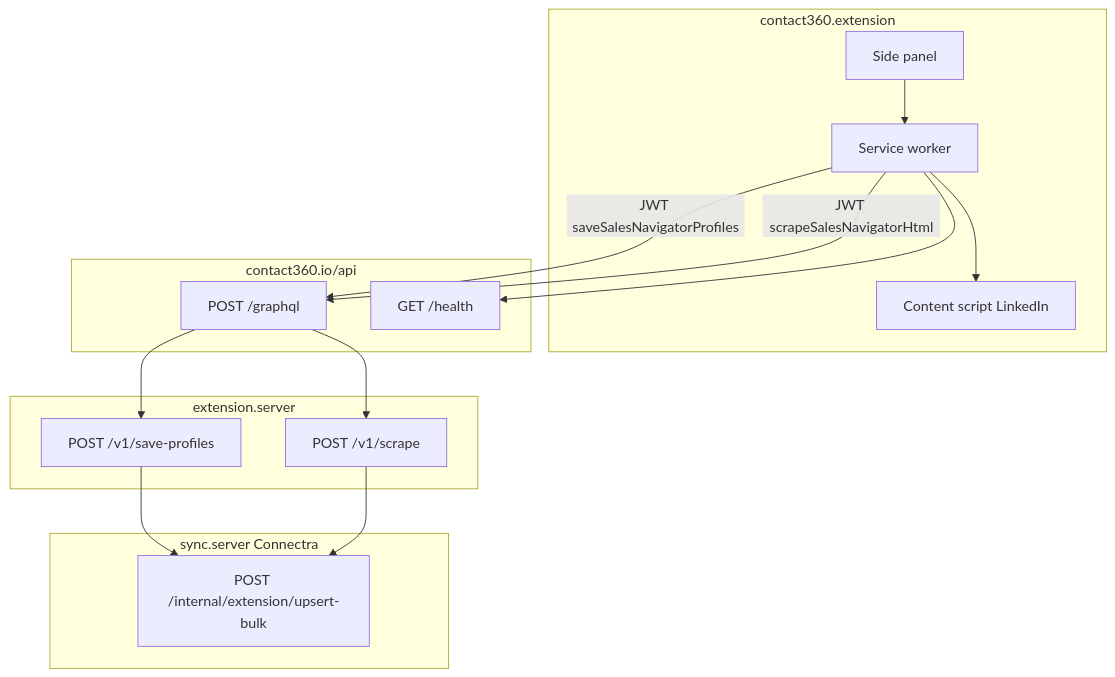
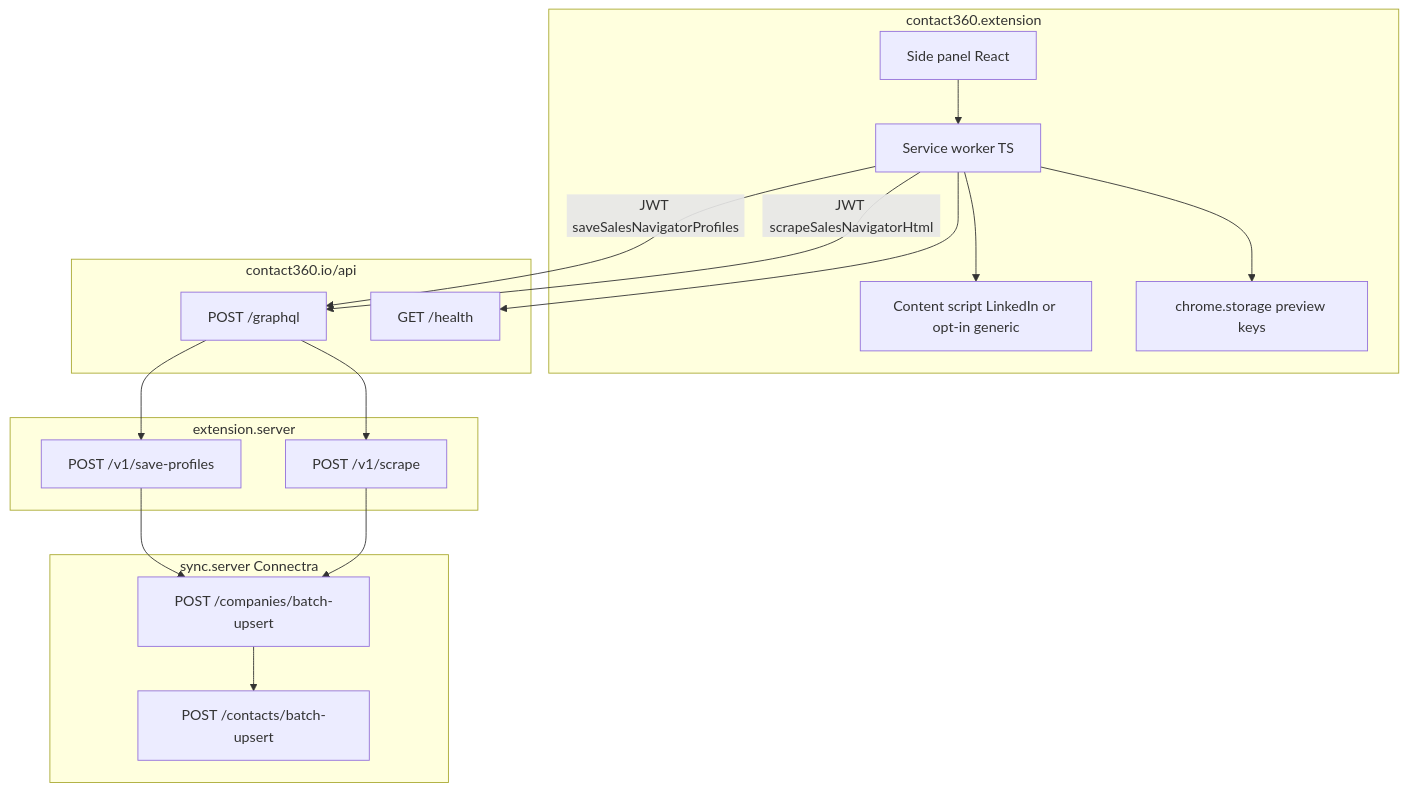
Before and after one commit to thekoushikdurgas/docsai: the diagram in flowchart/extension-capture.md, drawn with Mermaid. The commit also changed other lines of this file and 1718 other files, not shown here.

````diff
--- a/flowchart/extension-capture.md
+++ b/flowchart/extension-capture.md
@@ -5,28 +7,32 @@
 ```mermaid
 flowchart TD
   subgraph ext [contact360.extension]
-    panel[Side panel]
-    sw[Service worker]
-    cs[Content script LinkedIn]
+    panel[Side panel React]
+    sw[Service worker TS]
+    cs[Content script LinkedIn or opt-in generic]
+    storage[chrome.storage preview keys]
   end
   subgraph api [contact360.io/api]
     gql[POST /graphql]
     healthApi[GET /health]
   end
   subgraph sat [extension.server]
     save[POST /v1/save-profiles]
     scrape[POST /v1/scrape]
   end
   subgraph sync [sync.server Connectra]
-    bulk[POST /internal/extension/upsert-bulk]
+    companies[POST /companies/batch-upsert]
+    contacts[POST /contacts/batch-upsert]
   end
   panel --> sw
   sw --> cs
+  sw --> storage
   sw --> healthApi
   sw -->|"JWT saveSalesNavigatorProfiles"| gql
   sw -->|"JWT scrapeSalesNavigatorHtml"| gql
   gql --> save
   gql --> scrape
-  save --> bulk
-  scrape --> bulk
+  save --> companies
+  companies --> contacts
+  scrape --> companies
 ```
````
